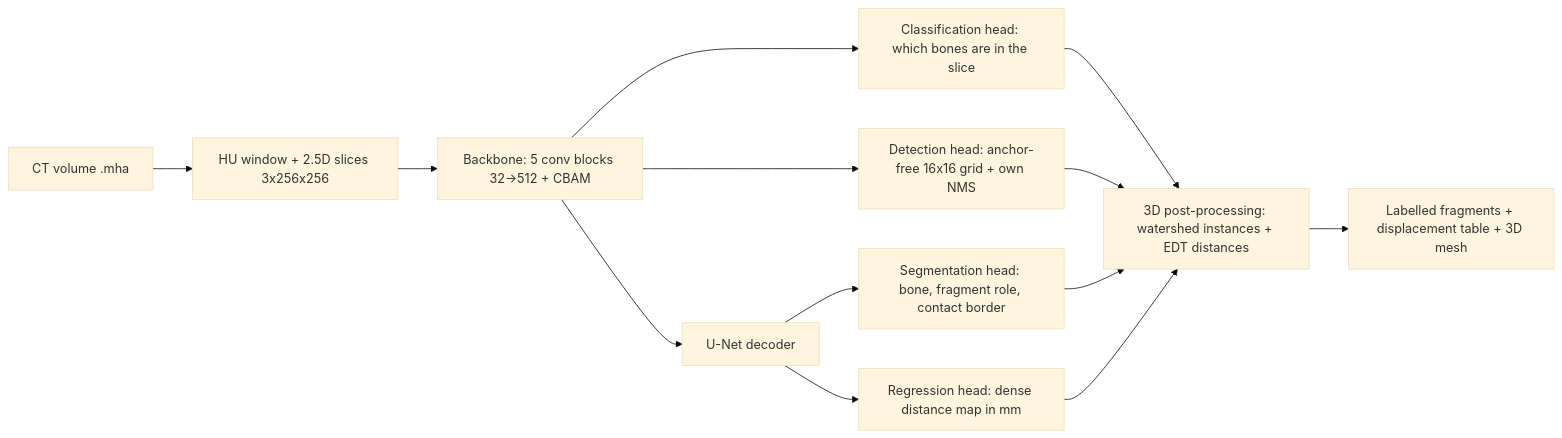
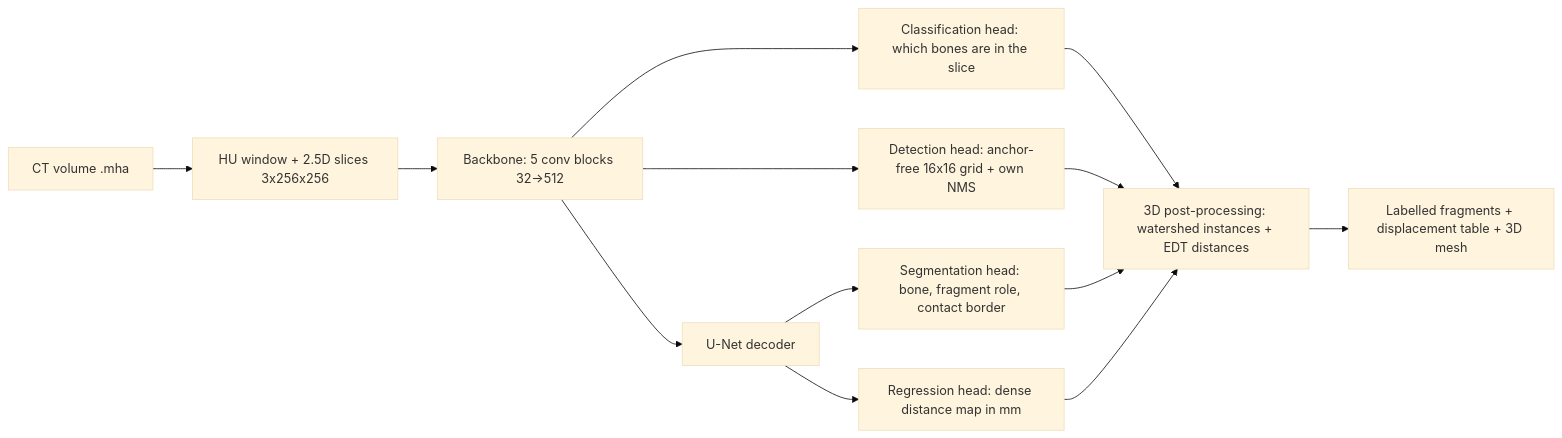
One commit to ShadowBlack33/Proyecto-Analitica-de-Datos changed the diagram in README.md. Above: the diagram before and after it, drawn with Mermaid (base theme). The commit also changed other lines of this file and 4 other files, not shown here.

````diff
--- a/README.md
+++ b/README.md
@@ -74,12 +91,12 @@
 ```mermaid
 flowchart LR
   CT[CT volume .mha] --> P[HU window + 2.5D slices 3x256x256]
-  P --> B[Backbone: 5 conv blocks 32→512 + CBAM]
+  P --> B[Backbone: 5 conv blocks 32→512]
   B --> C[Classification head: which bones are in the slice]
   B --> D[Detection head: anchor-free 16x16 grid + own NMS]
   B --> U[U-Net decoder]
   U --> S[Segmentation head: bone, fragment role, contact border]
   U --> R[Regression head: dense distance map in mm]
   C & D & S & R --> V[3D post-processing: watershed instances + EDT distances]
   V --> O[Labelled fragments + displacement table + 3D mesh]
 ```
````
